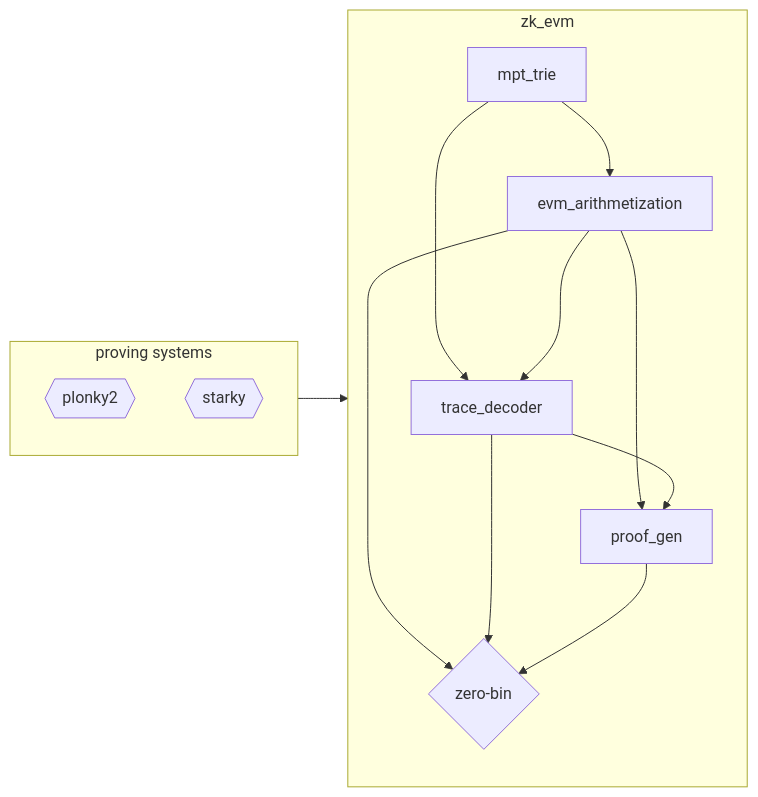
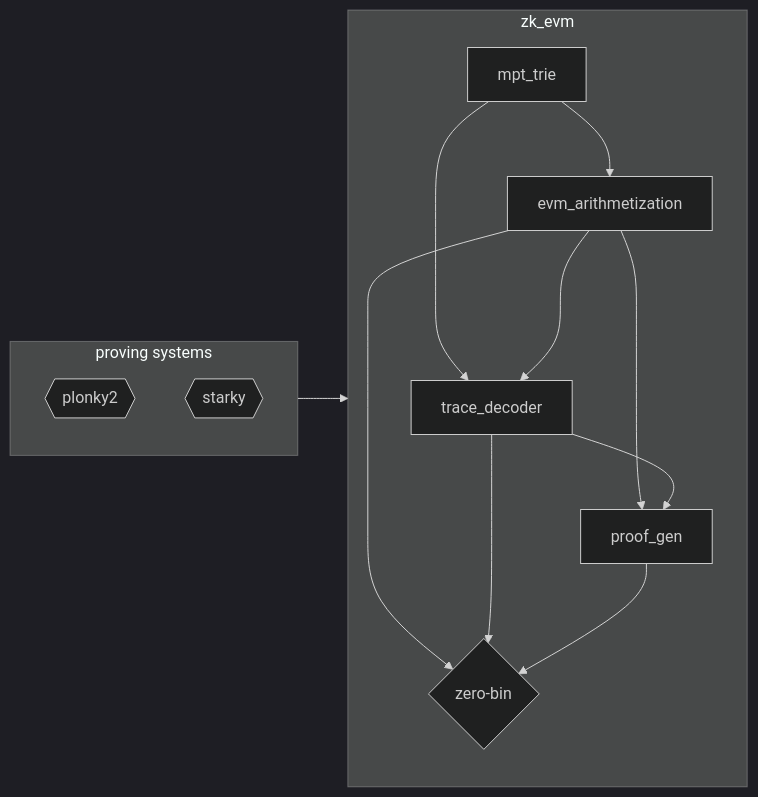
One commit to 0xPolygonZero/zk_evm changed the diagram in README.md. Above: the diagram before and after it, drawn with Mermaid. The commit also changed 6 other files, not shown here.

Commit message:
Fill up empty sections and add table diagram

````diff
--- a/README.md
+++ b/README.md
@@ -33,27 +33,28 @@
 ```mermaid
+%%{init: {'theme':'dark'}}%%
 flowchart LR
     subgraph ps [proving systems]
     A1{{plonky2}}
     A2{{starky}}
     end
 
     ps --> zk_evm
 
     subgraph zk_evm [zk_evm]
     B[mpt_trie]
     C[evm_arithmetization]
     D[trace_decoder]
     E[proof_gen]
 
     B --> C
     B ---> D
     C ---> D
     C --> E
     D --> E
 
     F{zero-bin}
     C --> F
     D --> F
     E --> F
     end
 ```
````
